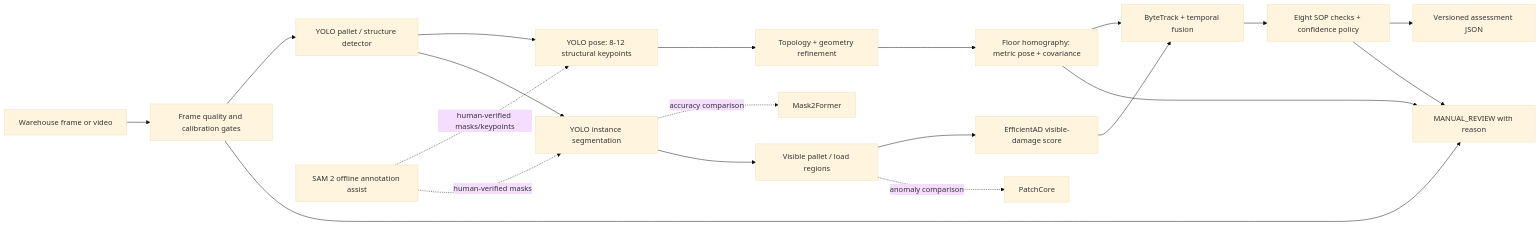
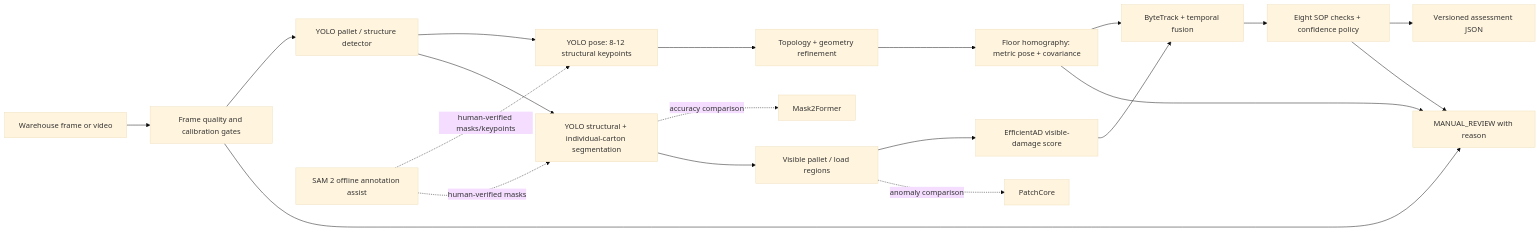
Before and after one commit to Himkeshtak/delhivery-pallet-audit-real: the diagram in README.md, drawn with Mermaid (base theme). The commit also changed other lines of this file and 7 other files, not shown here.

Commit message:
Release real carton segmentation model

````diff
--- a/README.md
+++ b/README.md
@@ -71,22 +83,22 @@
 ```mermaid
 flowchart LR
     A["Warehouse frame or video"] --> B["Frame quality and calibration gates"]
     B --> C["YOLO pallet / structure detector"]
     C --> D["YOLO pose: 8-12 structural keypoints"]
     D --> E["Topology + geometry refinement"]
     E --> F["Floor homography: metric pose + covariance"]
-    C --> G["YOLO instance segmentation"]
+    C --> G["YOLO structural + individual-carton segmentation"]
     G -. "accuracy comparison" .-> H["Mask2Former"]
     G --> I["Visible pallet / load regions"]
     I --> J["EfficientAD visible-damage score"]
     I -. "anomaly comparison" .-> K["PatchCore"]
     L["SAM 2 offline annotation assist"] -. "human-verified masks/keypoints" .-> D
     L -. "human-verified masks" .-> G
     F --> M["ByteTrack + temporal fusion"]
     J --> M
     M --> N["Eight SOP checks + confidence policy"]
     N --> O["Versioned assessment JSON"]
     B --> P["MANUAL_REVIEW with reason"]
     F --> P
     N --> P
 ```
````
